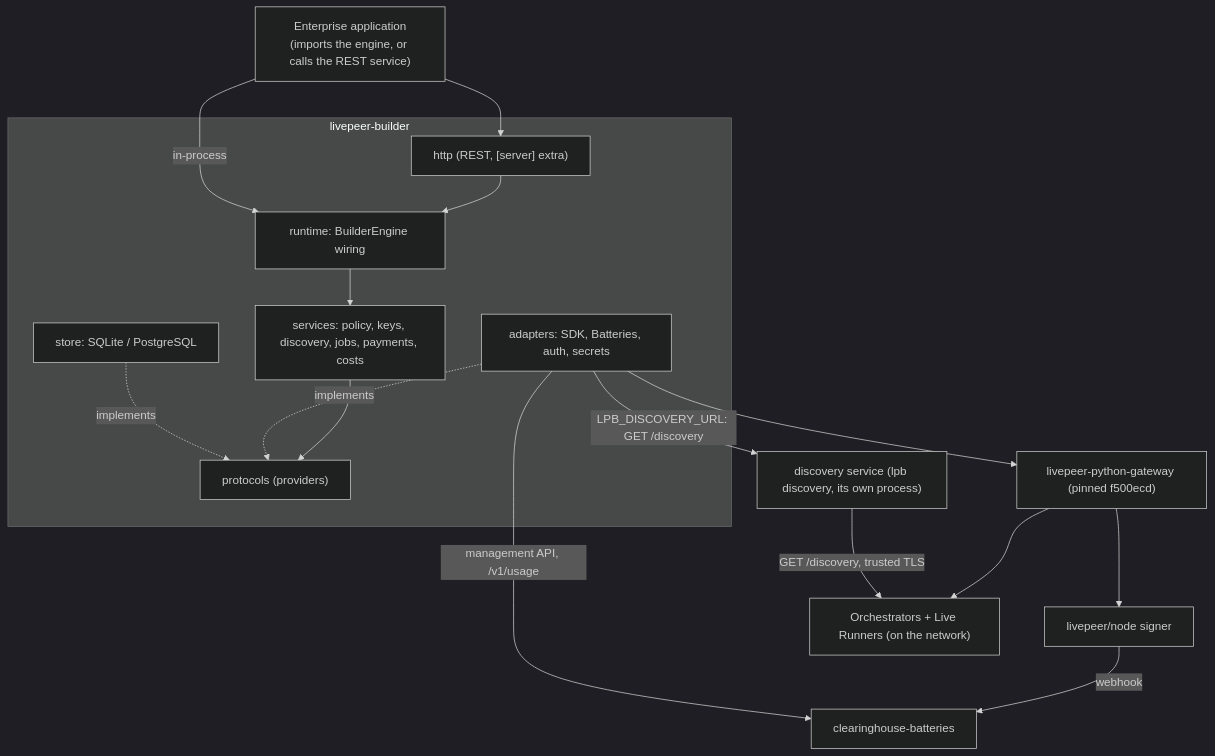
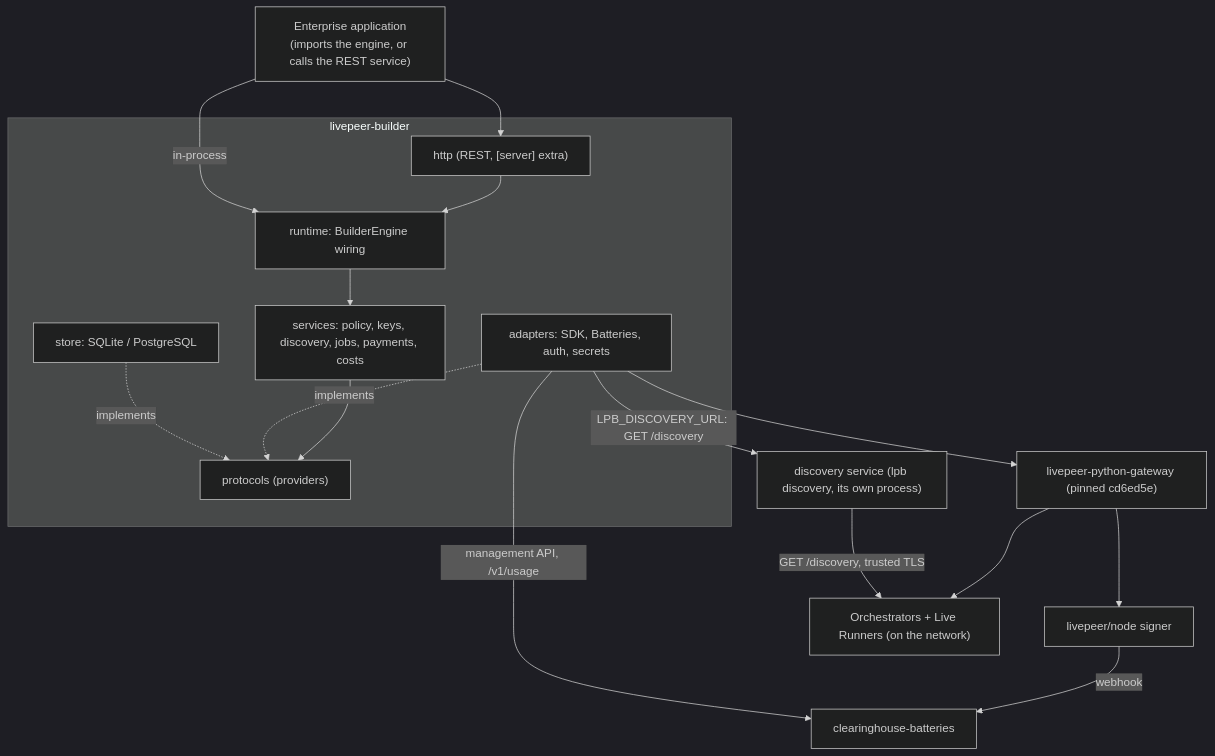
The diagram in ARCHITECTURE.md (NE-Build-Track/livepeer-builder-core), drawn with Mermaid (dark theme) before and after one commit. The commit also changed 10 other files, not shown here.

Commit message:
Align native fake outcomes and encoded body schema limits

````diff
--- a/ARCHITECTURE.md
+++ b/ARCHITECTURE.md
@@ -7,26 +7,26 @@
 ```mermaid
 flowchart TB
     App["Enterprise application<br/>(imports the engine, or calls the REST service)"]
     subgraph Engine["livepeer-builder"]
         HTTP["http (REST, [server] extra)"]
         RT["runtime: BuilderEngine wiring"]
         SVC["services: policy, keys, discovery, jobs, payments, costs"]
         PROV["protocols (providers)"]
         AD["adapters: SDK, Batteries, auth, secrets"]
         ST["store: SQLite / PostgreSQL"]
     end
     Disc["discovery service (lpb discovery, its own process)"]
-    SDK["livepeer-python-gateway (pinned f500ecd)"]
+    SDK["livepeer-python-gateway (pinned cd6ed5e)"]
     Signer["livepeer/node signer"]
     Bat["clearinghouse-batteries"]
     Orch["Orchestrators + Live Runners (on the network)"]
     App --> HTTP --> RT
     App -->|"in-process"| RT
     RT --> SVC --> PROV
     AD -.implements.-> PROV
     ST -.implements.-> PROV
     AD --> SDK --> Signer -->|"webhook"| Bat
     SDK --> Orch
     AD -->|"LPB_DISCOVERY_URL: GET /discovery"| Disc -->|"GET /discovery, trusted TLS"| Orch
     AD -->|"management API, /v1/usage"| Bat
 ```
````
